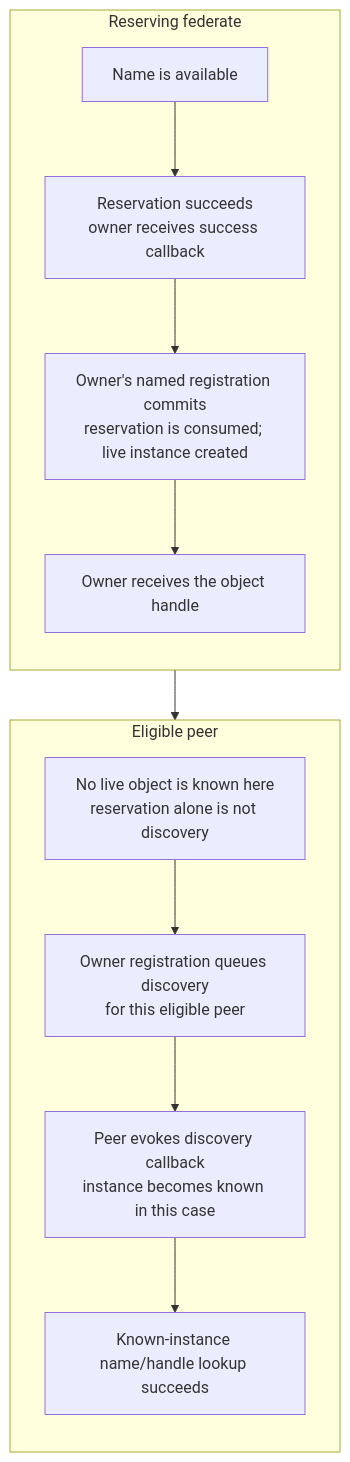
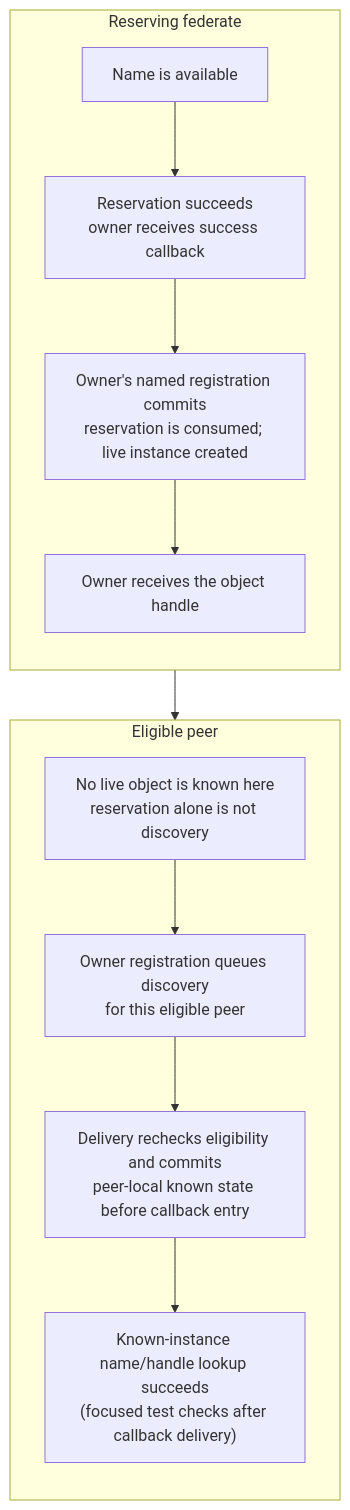
Before and after one commit to sheepfling/umbra: the sixth of 9 diagrams in docs/design/HLA-2025-OBJECT-INSTANCE-NAME-RESERVATION-FLOW-GUIDE.md, drawn with Mermaid. The commit also changed other lines of this file and 39 other files, not shown here.

Commit message:
Document IEEE 1516.1-2025 behavior flows

````diff
--- a/docs/design/HLA-2025-OBJECT-INSTANCE-NAME-RESERVATION-FLOW-GUIDE.md
+++ b/docs/design/HLA-2025-OBJECT-INSTANCE-NAME-RESERVATION-FLOW-GUIDE.md
@@ -248,18 +363,18 @@
 ```mermaid
 flowchart TB
   subgraph OWNER["Reserving federate"]
     direction TB
     AVAILABLE["Name is available"] --> RESERVED["Reservation succeeds<br/>owner receives success callback"]
     RESERVED --> REGISTERED["Owner's named registration commits<br/>reservation is consumed; live instance created"]
     REGISTERED --> OWNER_KNOWN["Owner receives the object handle"]
   end
   subgraph PEER["Eligible peer"]
     direction TB
     PEER_UNKNOWN["No live object is known here<br/>reservation alone is not discovery"]
     DISCOVERY_QUEUED["Owner registration queues discovery<br/>for this eligible peer"]
-    DISCOVERY_DELIVERED["Peer evokes discovery callback<br/>instance becomes known in this case"]
-    PEER_KNOWN["Known-instance name/handle lookup succeeds"]
+    DISCOVERY_DELIVERED["Delivery rechecks eligibility and commits<br/>peer-local known state before callback entry"]
+    PEER_KNOWN["Known-instance name/handle lookup succeeds<br/>(focused test checks after callback delivery)"]
     PEER_UNKNOWN --> DISCOVERY_QUEUED --> DISCOVERY_DELIVERED --> PEER_KNOWN
   end
   REGISTERED --> DISCOVERY_QUEUED
 ```
````
